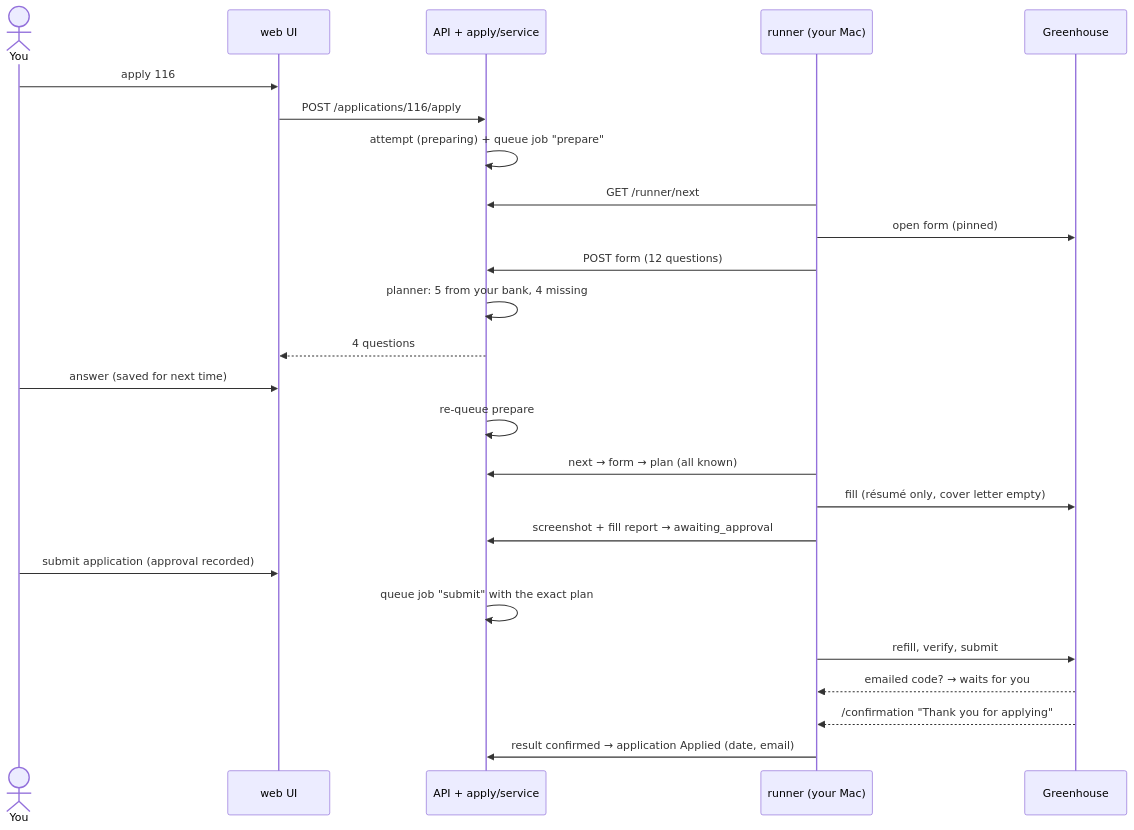
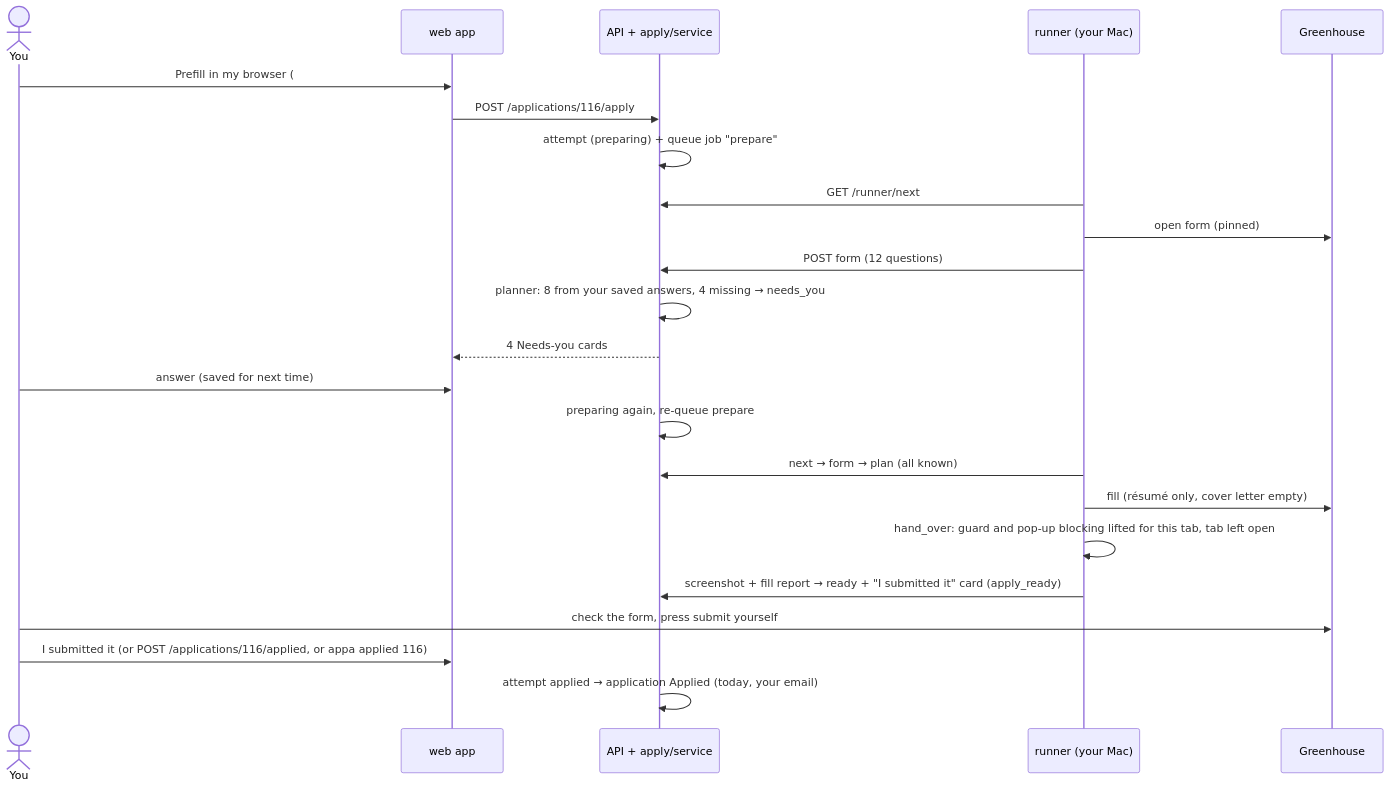
Before and after one commit to johnruge/appa: the sixth of 7 diagrams in docs/TOUR.md, drawn with Mermaid. The commit also changed other lines of this file and 12 other files, not shown here.

````diff
--- a/docs/TOUR.md
+++ b/docs/TOUR.md
@@ -295,27 +303,25 @@
 ```mermaid
 sequenceDiagram
     actor You
-    participant UI as web UI
+    participant UI as web app
     participant API as API + apply/service
     participant R as runner (your Mac)
     participant ATS as Greenhouse
-    You->>UI: apply 116
+    You->>UI: Prefill in my browser (#116)
     UI->>API: POST /applications/116/apply
     API->>API: attempt (preparing) + queue job "prepare"
     R->>API: GET /runner/next
     R->>ATS: open form (pinned)
     R->>API: POST form (12 questions)
-    API->>API: planner: 5 from your bank, 4 missing
-    API-->>UI: 4 questions
+    API->>API: planner: 8 from your saved answers, 4 missing → needs_you
+    API-->>UI: 4 Needs-you cards
     You->>UI: answer (saved for next time)
-    API->>API: re-queue prepare
+    API->>API: preparing again, re-queue prepare
     R->>API: next → form → plan (all known)
     R->>ATS: fill (résumé only, cover letter empty)
-    R->>API: screenshot + fill report → awaiting_approval
-    You->>UI: submit application (approval recorded)
-    API->>API: queue job "submit" with the exact plan
-    R->>ATS: refill, verify, submit
-    ATS-->>R: emailed code? → waits for you
-    ATS-->>R: /confirmation "Thank you for applying"
-    R->>API: result confirmed → application Applied (date, email)
+    R->>R: hand_over: guard and pop-up blocking lifted for this tab, tab left open
+    R->>API: screenshot + fill report → ready + "I submitted it" card (apply_ready)
+    You->>ATS: check the form, press submit yourself
+    You->>UI: I submitted it (or POST /applications/116/applied, or appa applied 116)
+    API->>API: attempt applied → application Applied (today, your email)
 ```
````
